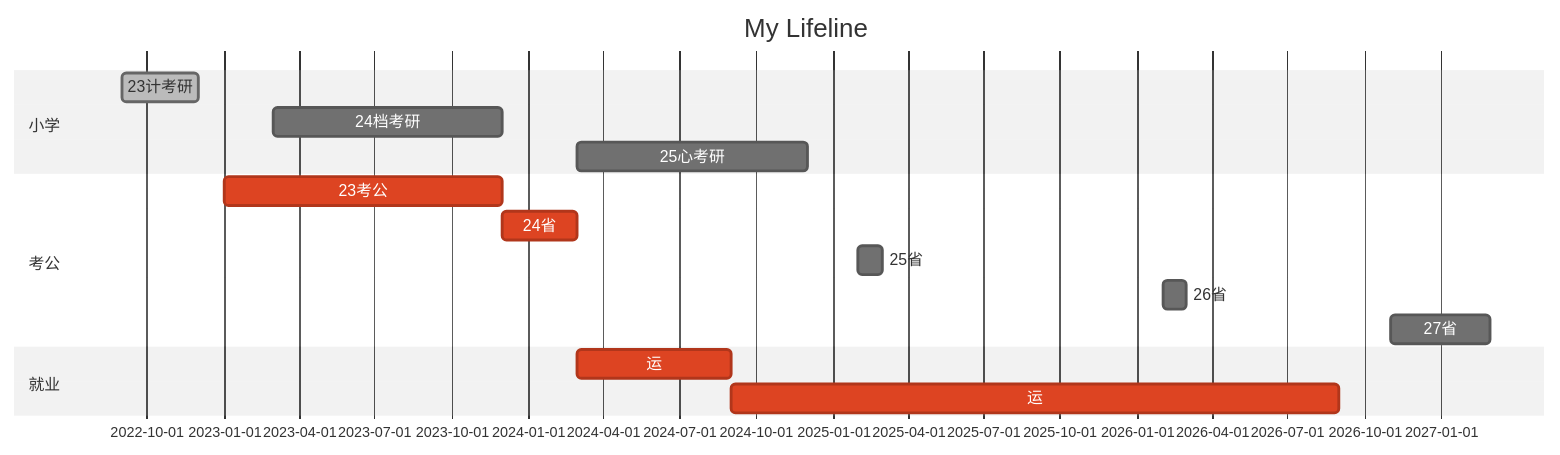
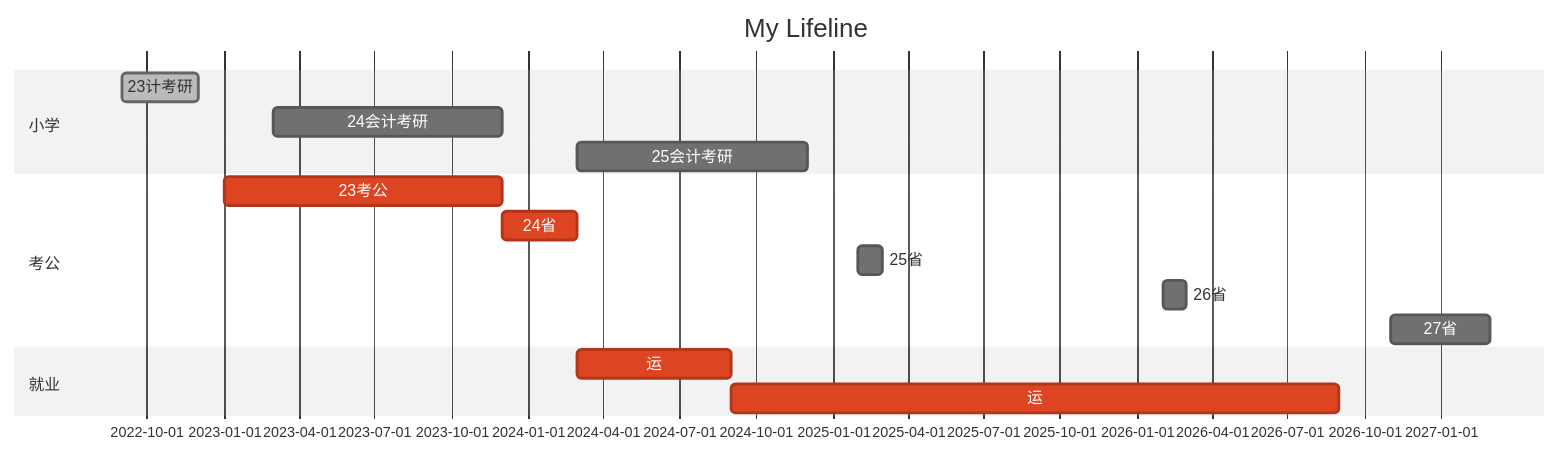
One commit to ChaselWang/hexo changed the diagram in source/_posts/分类/100管理/极简管理.md. Above: the diagram before and after it, drawn with Mermaid (neutral theme). The commit also changed other lines of this file and 4 other files, not shown here.

````diff
--- a/source/_posts/分类/100管理/极简管理.md
+++ b/source/_posts/分类/100管理/极简管理.md
@@ -6,22 +6,22 @@
 ```mermaid
 gantt
 title My Lifeline
 dateFormat YY-MM
 section 小学
 23计考研	:done,22-09,22-12	
-24档考研	:23-03,23-12
-25心考研	:24-03,24-12
+24会计考研	:23-03,23-12
+25会计考研	:24-03,24-12
 section 考公
 23考公	:crit,23-01,23-12
 24省		:crit,23-12,24-03
 25省		:25-02,25-03
 26省		:26-02,26-03
 27省		:26-11,27-03
 section 就业
 运		:crit,24-03,24-09
 运		:crit,24-09,26-09
 
 
 
 
 ```
````
